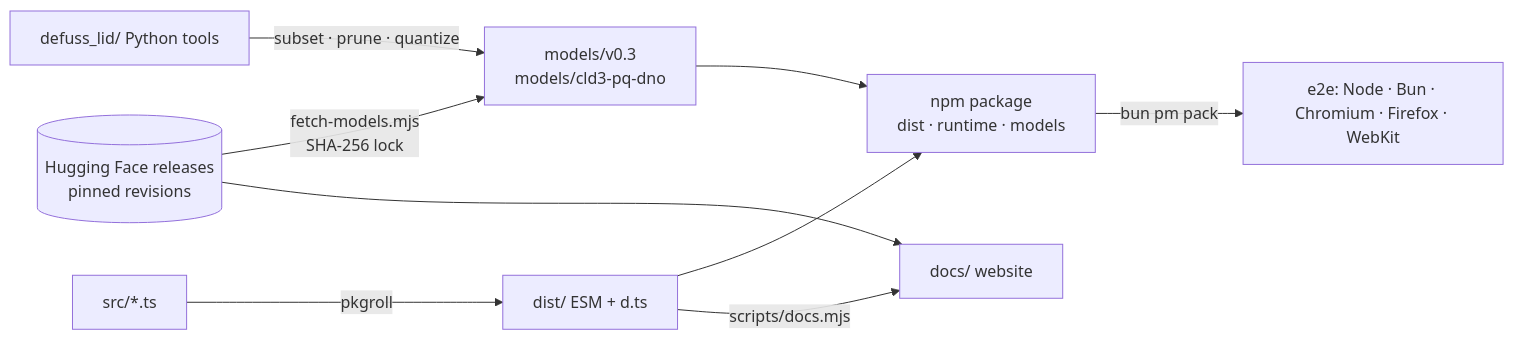
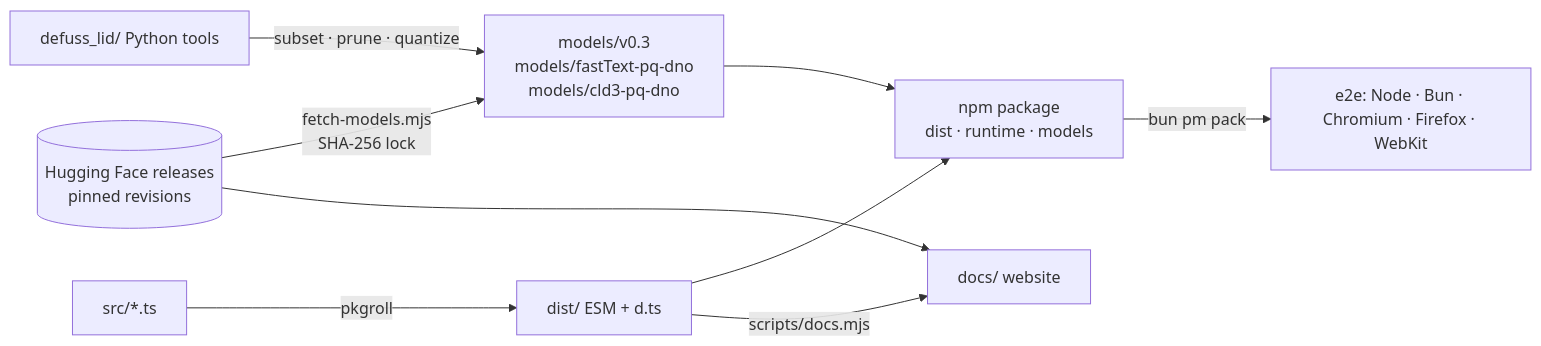
The diagram in ARCH.md (kyr0/defuss-lid), drawn with Mermaid before and after one commit. The commit also changed other lines of this file and 29 other files, not shown here.

First line of the commit message:
defuss-lid 0.5.0: fastText DNO-PQ packs

````diff
--- a/ARCH.md
+++ b/ARCH.md
@@ -19,11 +19,11 @@
 ```mermaid
 flowchart LR
-  HF[(Hugging Face releases<br/>pinned revisions)] -->|fetch-models.mjs<br/>SHA-256 lock| M[models/v0.3<br/>models/cld3-pq-dno]
+  HF[(Hugging Face releases<br/>pinned revisions)] -->|fetch-models.mjs<br/>SHA-256 lock| M[models/v0.3<br/>models/fastText-pq-dno<br/>models/cld3-pq-dno]
   PY[defuss_lid/ Python tools] -->|subset · prune · quantize| M
   TS[src/*.ts] -->|pkgroll| D[dist/ ESM + d.ts]
   D --> P[npm package<br/>dist · runtime · models]
   M --> P
   P -->|bun pm pack| E2E[e2e: Node · Bun · Chromium · Firefox · WebKit]
   D -->|scripts/docs.mjs| S[docs/ website]
   HF --> S
 ```
````
